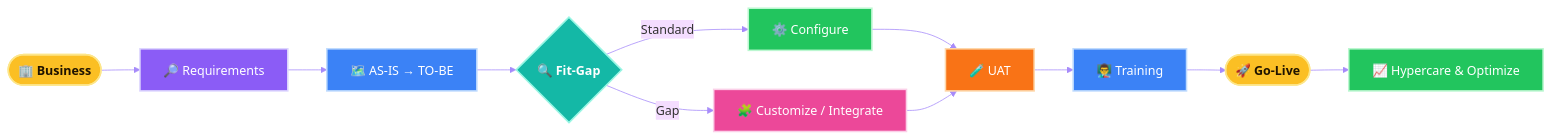
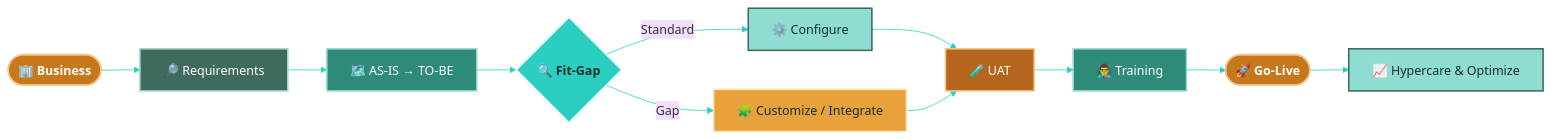
Before and after one commit to NoohSD/NoohSD: the first of 6 diagrams in README.md, drawn with Mermaid. The commit also changed other lines of this file, not shown here.

````diff
--- a/README.md
+++ b/README.md
@@ -61,29 +61,29 @@
 ```mermaid
-%%{init: {'theme':'base','themeVariables':{'fontFamily':'Segoe UI, sans-serif','lineColor':'#A78BFA'}}}%%
+%%{init: {'theme':'base','themeVariables':{'fontFamily':'Segoe UI, sans-serif','lineColor':'#2BCFC1'}}}%%
 flowchart LR
     A([🏢 Business]) --> B[🔎 Requirements]
     B --> C[🗺️ AS-IS → TO-BE]
     C --> D{🔍 Fit-Gap}
     D -->|Standard| E[⚙️ Configure]
     D -->|Gap| F[🧩 Customize / Integrate]
     E --> G[🧪 UAT]
     F --> G
     G --> H[👨‍🏫 Training]
     H --> I([🚀 Go-Live])
     I --> J[📈 Hypercare & Optimize]
 
-    classDef gold fill:#FBBF24,stroke:#FDE68A,stroke-width:2px,color:#1F1300,font-weight:bold
-    classDef violet fill:#8B5CF6,stroke:#DDD6FE,stroke-width:2px,color:#FFFFFF
-    classDef blue fill:#3B82F6,stroke:#BFDBFE,stroke-width:2px,color:#FFFFFF
-    classDef teal fill:#14B8A6,stroke:#99F6E4,stroke-width:2px,color:#FFFFFF,font-weight:bold
-    classDef green fill:#22C55E,stroke:#BBF7D0,stroke-width:2px,color:#FFFFFF
-    classDef pink fill:#EC4899,stroke:#FBCFE8,stroke-width:2px,color:#FFFFFF
-    classDef orange fill:#F97316,stroke:#FED7AA,stroke-width:2px,color:#FFFFFF
+    classDef gold fill:#C7781C,stroke:#F3C58A,stroke-width:2px,color:#FFFFFF,font-weight:bold
+    classDef violet fill:#3E6B5D,stroke:#9FD9D1,stroke-width:2px,color:#FFFFFF
+    classDef blue fill:#2E8B7A,stroke:#9FD9D1,stroke-width:2px,color:#FFFFFF
+    classDef teal fill:#2BCFC1,stroke:#E6FAF7,stroke-width:2px,color:#12302A,font-weight:bold
+    classDef green fill:#8FDCD3,stroke:#3E6B5D,stroke-width:2px,color:#12302A
+    classDef pink fill:#E9A23B,stroke:#FCE3BE,stroke-width:2px,color:#12302A
+    classDef orange fill:#B5651D,stroke:#F3C58A,stroke-width:2px,color:#FFFFFF
     class A,I gold
     class B violet
     class C,H blue
     class D teal
     class E,J green
     class F pink
     class G orange
 ```
````
